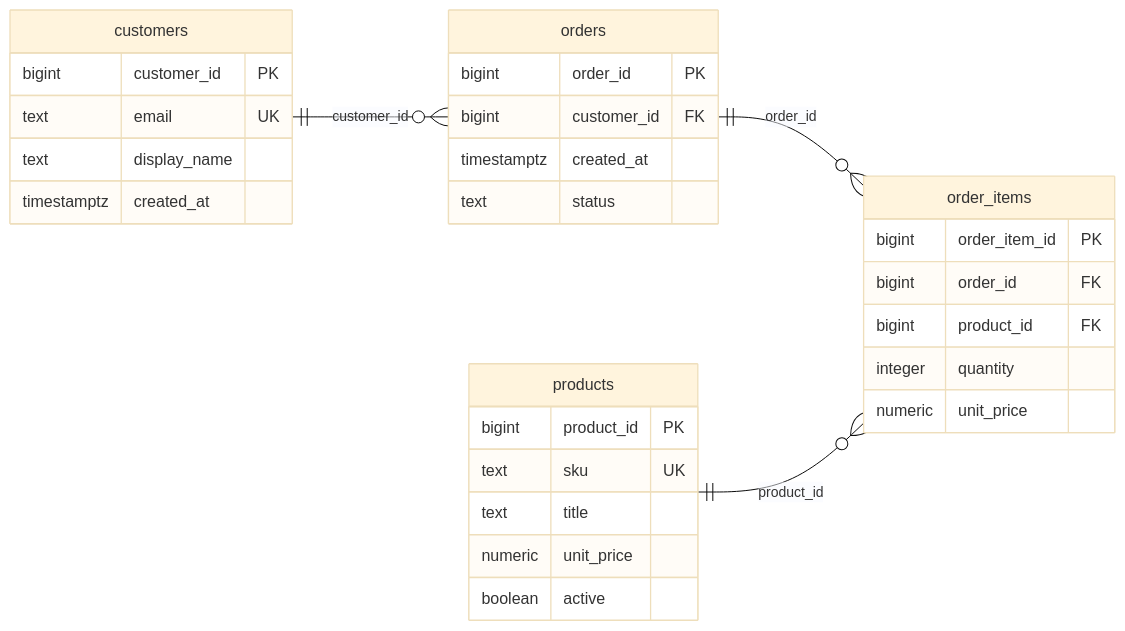
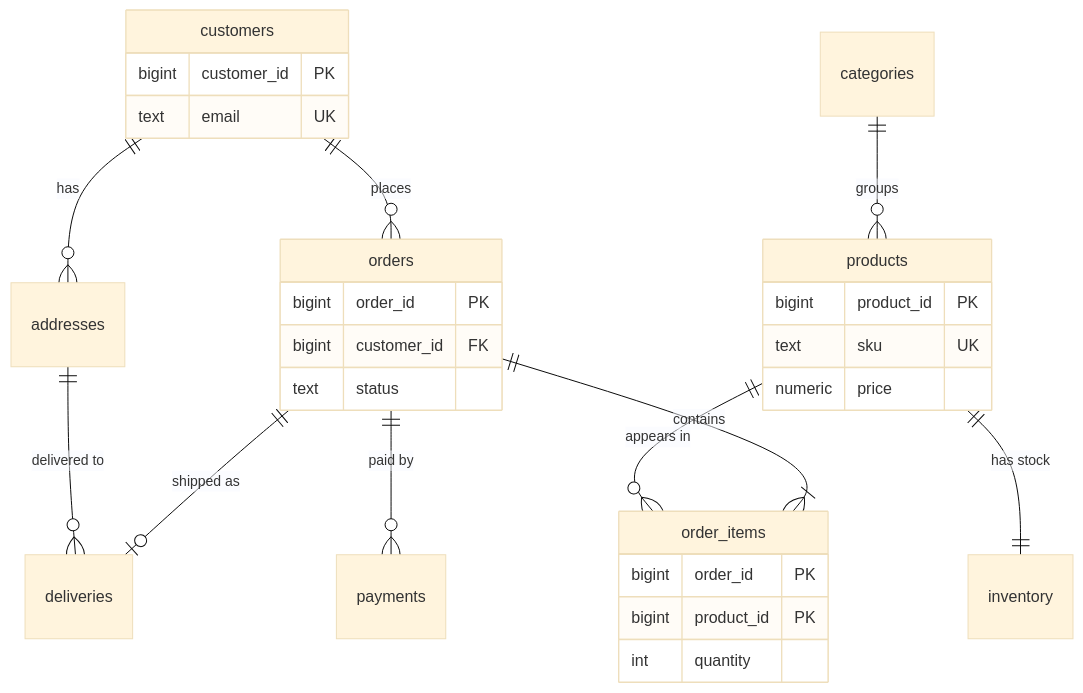
The diagram in portfolio-1-database-design/Egonu_Deborah_Onyebuchi_301915997_P1_ERDiagram.md (deborahegonu/Egonu_Deborah_Onyebuchi_301915997), drawn with Mermaid (base theme) before and after one commit. The commit also changed other lines of this file and 27 other files, not shown here.

````diff
--- a/portfolio-1-database-design/Egonu_Deborah_Onyebuchi_301915997_P1_ERDiagram.md
+++ b/portfolio-1-database-design/Egonu_Deborah_Onyebuchi_301915997_P1_ERDiagram.md
@@ -3,33 +5,23 @@
 ```mermaid
 erDiagram
-    direction LR
-    customers {
-        bigint customer_id PK
-        text email UK
-        text display_name
-        timestamptz created_at
-    }
-    products {
-        bigint product_id PK
-        text sku UK
-        text title
-        numeric unit_price
-        boolean active
-    }
-    orders {
-        bigint order_id PK
-        bigint customer_id FK
-        timestamptz created_at
-        text status
-    }
-    order_items {
-        bigint order_item_id PK
-        bigint order_id FK
-        bigint product_id FK
-        integer quantity
-        numeric unit_price
-    }
-    customers ||--o{ orders : "customer_id"
-    orders ||--o{ order_items : "order_id"
-    products ||--o{ order_items : "product_id"
+    customers ||--o{ addresses : "has"
+    customers ||--o{ orders : "places"
+    orders ||--|{ order_items : "contains"
+    products ||--o{ order_items : "appears in"
+    categories ||--o{ products : "groups"
+    products ||--|| inventory : "has stock"
+    orders ||--o{ payments : "paid by"
+    orders ||--o| deliveries : "shipped as"
+    addresses ||--o{ deliveries : "delivered to"
+    customers { bigint customer_id PK
+      text email UK }
+    orders { bigint order_id PK
+      bigint customer_id FK
+      text status }
+    order_items { bigint order_id PK
+      bigint product_id PK
+      int quantity }
+    products { bigint product_id PK
+      text sku UK
+      numeric price }
 ```
````
